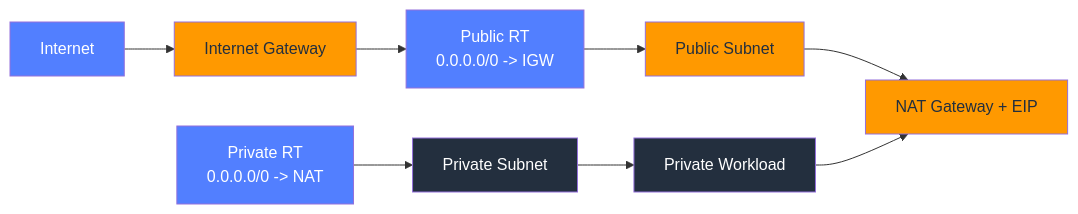
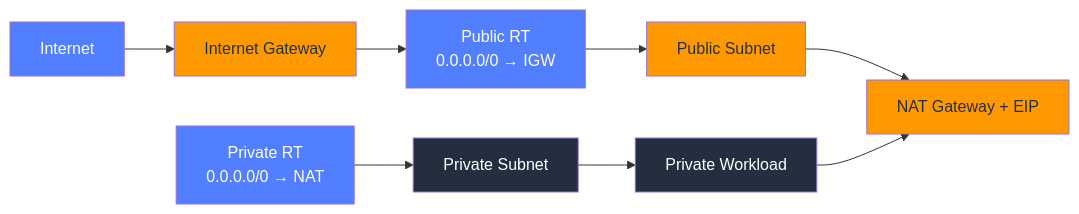
Before and after one commit to ShasidharReddy/AWS-Cloud-Engineer: the second of 16 diagrams in Networking/README.md, drawn with Mermaid. The commit also changed other lines of this file and 1 other file, not shown here.

First line of the commit message:
Fix broken Mermaid diagrams — multiline node labels

````diff
--- a/Networking/README.md
+++ b/Networking/README.md
@@ -129,15 +129,13 @@
 ```mermaid
 flowchart LR
     Internet[Internet]:::awsBlue --> IGW[Internet Gateway]:::awsOrange
-    IGW --> PublicRT["Public RT
-0.0.0.0/0 -> IGW"]:::awsBlue
+    IGW --> PublicRT["Public RT<br/>0.0.0.0/0 → IGW"]:::awsBlue
     PublicRT --> PublicSubnet["Public Subnet"]:::awsOrange
     PublicSubnet --> NAT["NAT Gateway + EIP"]:::awsOrange
-    PrivateRT["Private RT
-0.0.0.0/0 -> NAT"]:::awsBlue --> PrivateSubnet["Private Subnet"]:::awsDark
+    PrivateRT["Private RT<br/>0.0.0.0/0 → NAT"]:::awsBlue --> PrivateSubnet["Private Subnet"]:::awsDark
     PrivateSubnet --> App["Private Workload"]:::awsDark
     App --> NAT
     classDef awsOrange fill:#FF9900,color:#232F3E
     classDef awsDark fill:#232F3E,color:#fff
     classDef awsBlue fill:#527FFF,color:#fff
 ```
````
